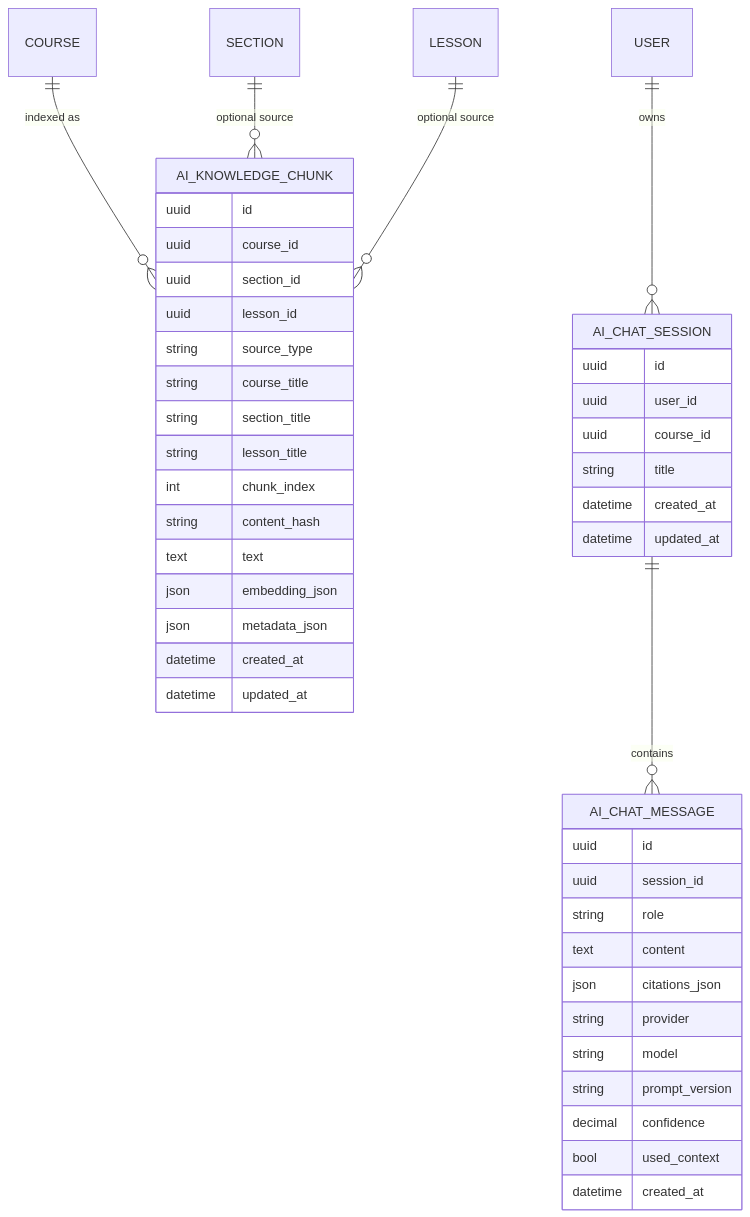
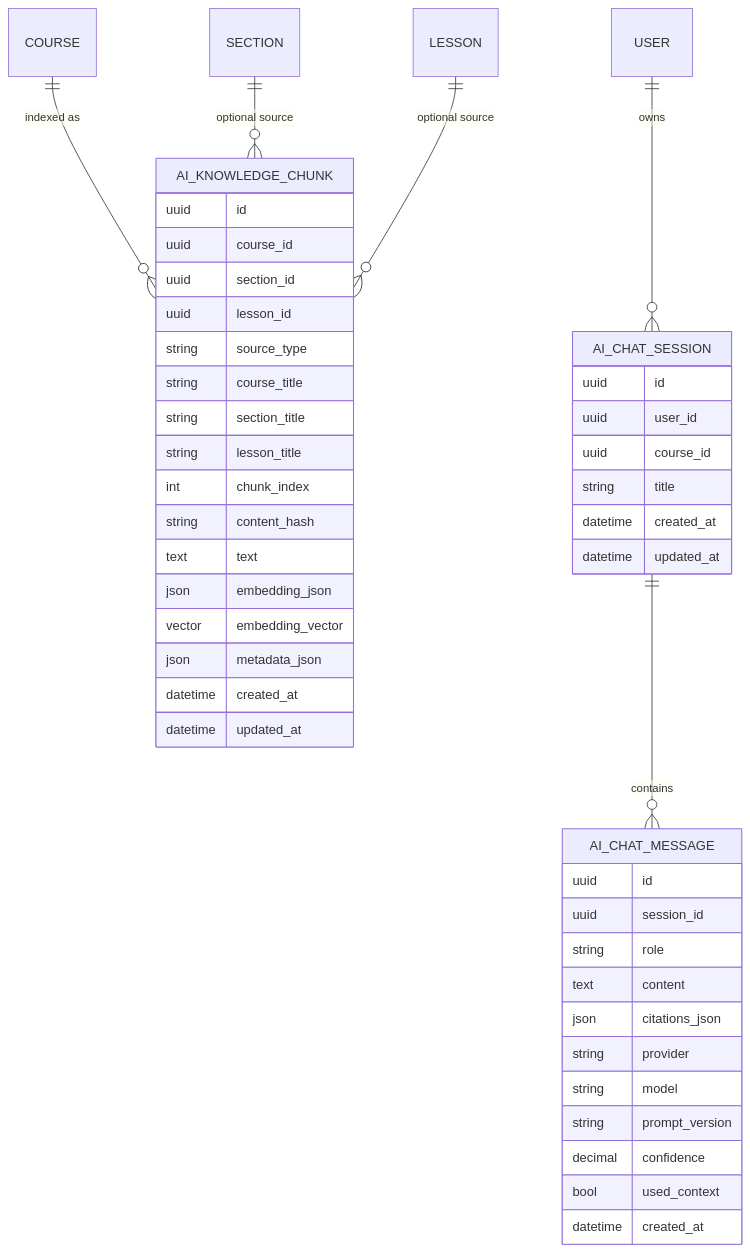
The fourth of 7 diagrams in docs/ai-architecture.md (caiquangtung/ELearning), drawn with Mermaid before and after one commit. The commit also changed other lines of this file and 9 other files, not shown here.

````diff
--- a/docs/ai-architecture.md
+++ b/docs/ai-architecture.md
@@ -200,49 +204,50 @@
 ```mermaid
 erDiagram
     COURSE ||--o{ AI_KNOWLEDGE_CHUNK : "indexed as"
     SECTION ||--o{ AI_KNOWLEDGE_CHUNK : "optional source"
     LESSON ||--o{ AI_KNOWLEDGE_CHUNK : "optional source"
     USER ||--o{ AI_CHAT_SESSION : "owns"
     AI_CHAT_SESSION ||--o{ AI_CHAT_MESSAGE : "contains"
 
     AI_KNOWLEDGE_CHUNK {
         uuid id
         uuid course_id
         uuid section_id
         uuid lesson_id
         string source_type
         string course_title
         string section_title
         string lesson_title
         int chunk_index
         string content_hash
         text text
         json embedding_json
+        vector embedding_vector
         json metadata_json
         datetime created_at
         datetime updated_at
     }
 
     AI_CHAT_SESSION {
         uuid id
         uuid user_id
         uuid course_id
         string title
         datetime created_at
         datetime updated_at
     }
 
     AI_CHAT_MESSAGE {
         uuid id
         uuid session_id
         string role
         text content
         json citations_json
         string provider
         string model
         string prompt_version
         decimal confidence
         bool used_context
         datetime created_at
     }
 ```
````
